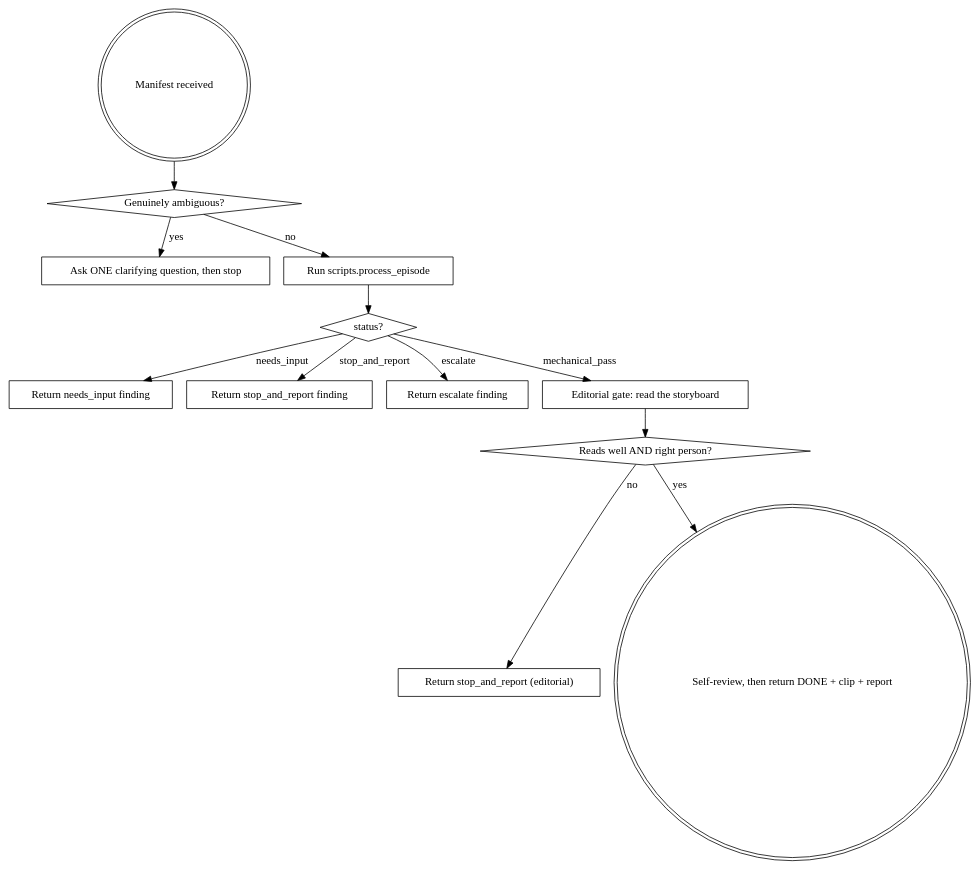
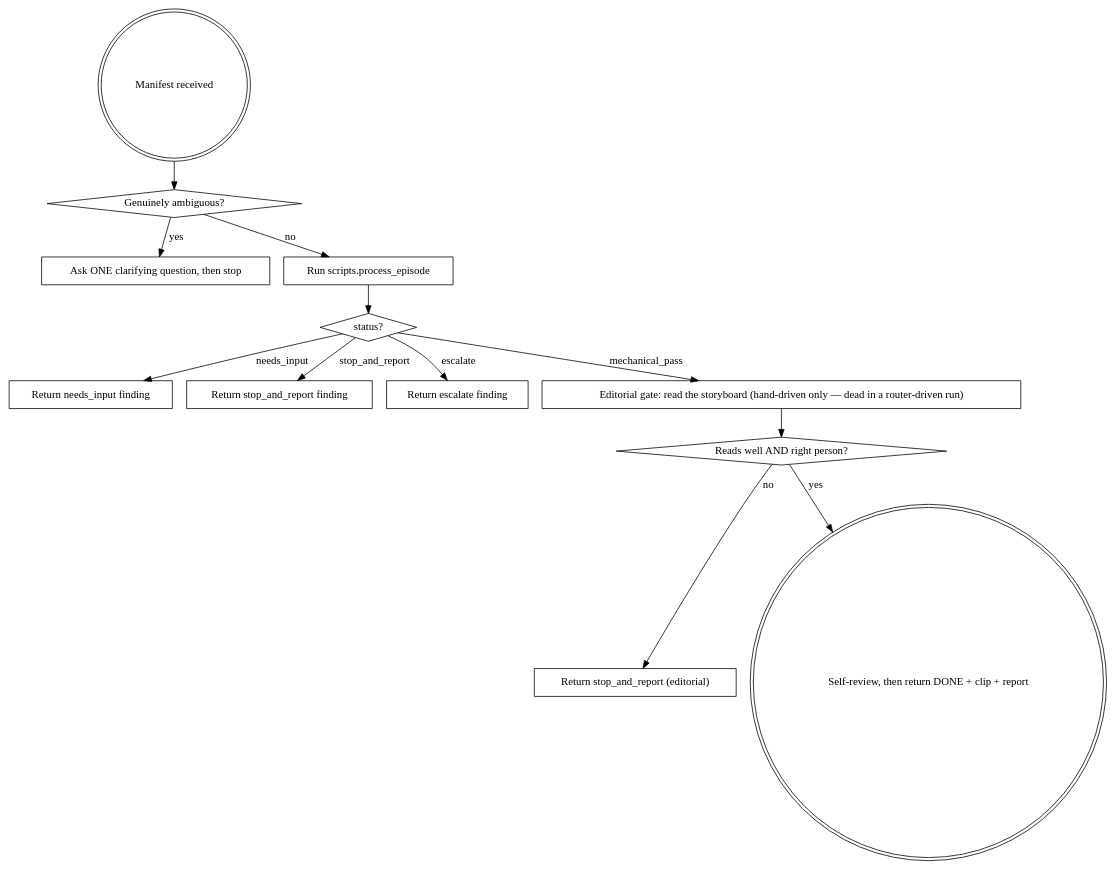
The diagram in skills/process-episode/SKILL.md (vasechko-sergey/video-grid), drawn with Graphviz before and after one commit. The commit also changed 3 other files, not shown here.

````diff
--- a/skills/process-episode/SKILL.md
+++ b/skills/process-episode/SKILL.md
@@ -22,28 +22,28 @@
 ```dot
 digraph process_episode {
     "Manifest received" [shape=doublecircle];
     "Genuinely ambiguous?" [shape=diamond];
     "Ask ONE clarifying question, then stop" [shape=box];
     "Run scripts.process_episode" [shape=box];
     "status?" [shape=diamond];
     "Return needs_input finding" [shape=box];
     "Return stop_and_report finding" [shape=box];
     "Return escalate finding" [shape=box];
-    "Editorial gate: read the storyboard" [shape=box];
+    "Editorial gate: read the storyboard (hand-driven only — dead in a router-driven run)" [shape=box];
     "Reads well AND right person?" [shape=diamond];
     "Return stop_and_report (editorial)" [shape=box];
     "Self-review, then return DONE + clip + report" [shape=doublecircle];
 
     "Manifest received" -> "Genuinely ambiguous?";
     "Genuinely ambiguous?" -> "Ask ONE clarifying question, then stop" [label="yes"];
     "Genuinely ambiguous?" -> "Run scripts.process_episode" [label="no"];
     "Run scripts.process_episode" -> "status?";
     "status?" -> "Return needs_input finding" [label="needs_input"];
     "status?" -> "Return stop_and_report finding" [label="stop_and_report"];
     "status?" -> "Return escalate finding" [label="escalate"];
-    "status?" -> "Editorial gate: read the storyboard" [label="mechanical_pass"];
-    "Editorial gate: read the storyboard" -> "Reads well AND right person?";
+    "status?" -> "Editorial gate: read the storyboard (hand-driven only — dead in a router-driven run)" [label="mechanical_pass"];
+    "Editorial gate: read the storyboard (hand-driven only — dead in a router-driven run)" -> "Reads well AND right person?";
     "Reads well AND right person?" -> "Return stop_and_report (editorial)" [label="no"];
     "Reads well AND right person?" -> "Self-review, then return DONE + clip + report" [label="yes"];
 }
 ```
````
